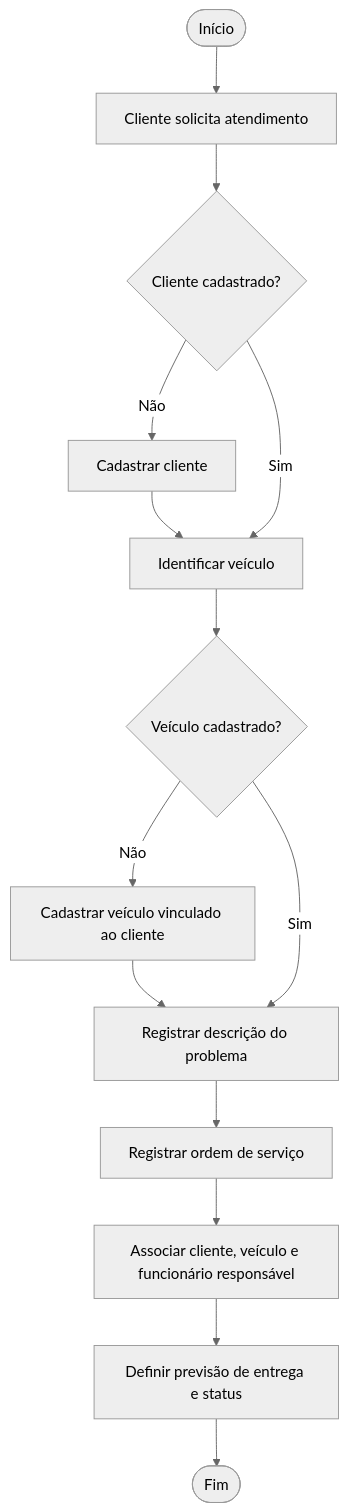
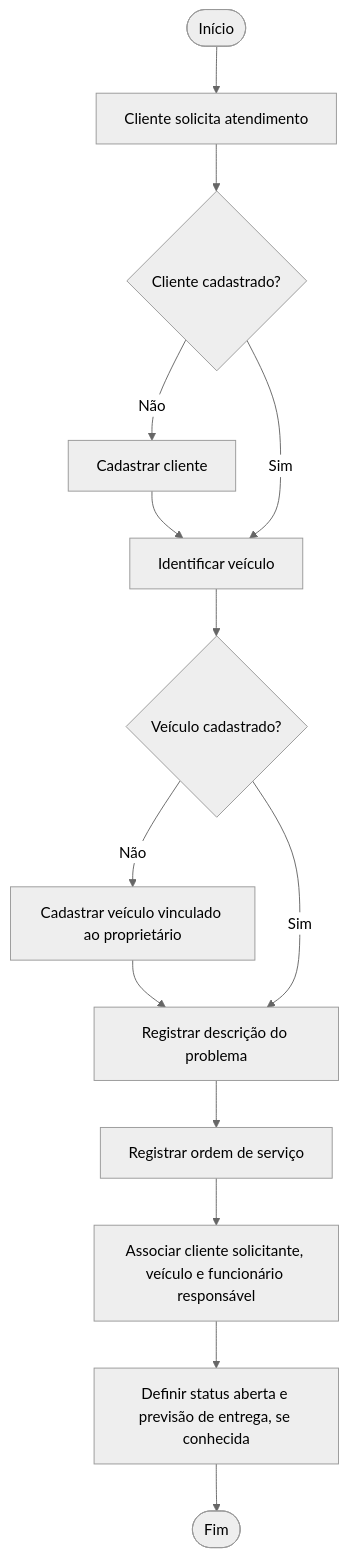
Before and after one commit to Lipe0921/Banco-de-dados: the first of 6 diagrams in README.md, drawn with Mermaid (neutral theme). The commit also changed other lines of this file, not shown here.

````diff
--- a/README.md
+++ b/README.md
@@ -195,16 +229,16 @@
 ```mermaid
 flowchart TD
     A([Início]) --> B[Cliente solicita atendimento]
     B --> C{Cliente cadastrado?}
     C -- Não --> D[Cadastrar cliente]
     D --> E
     C -- Sim --> E[Identificar veículo]
     E --> F{Veículo cadastrado?}
-    F -- Não --> G[Cadastrar veículo vinculado ao cliente]
+    F -- Não --> G[Cadastrar veículo vinculado ao proprietário]
     G --> H
     F -- Sim --> H[Registrar descrição do problema]
     H --> I[Registrar ordem de serviço]
-    I --> J[Associar cliente, veículo e funcionário responsável]
-    J --> K[Definir previsão de entrega e status]
+    I --> J[Associar cliente solicitante, veículo e funcionário responsável]
+    J --> K[Definir status aberta e previsão de entrega, se conhecida]
     K --> L([Fim])
 ```
````
